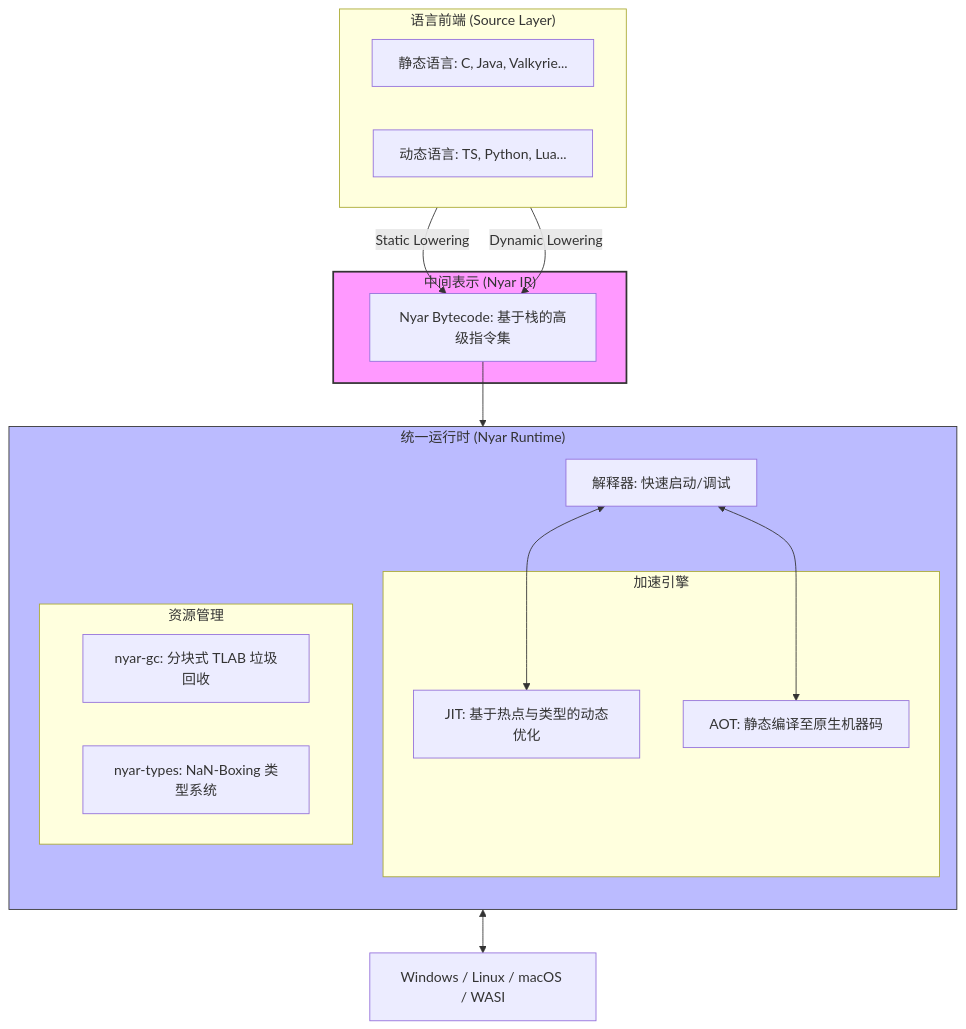
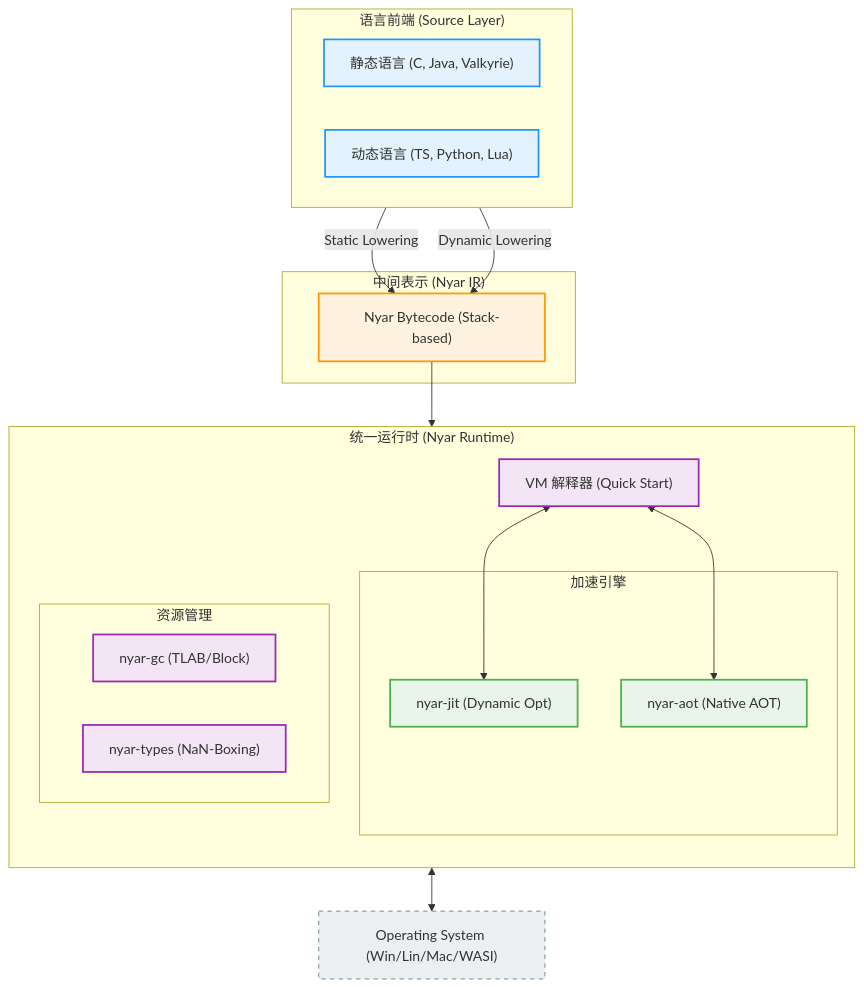
One commit to nyar-vm/nyar-vm changed the first of 6 diagrams in readme.md. Above: the diagram before and after it, drawn with Mermaid. The commit also changed other lines of this file and 2 other files, not shown here.

First line of the commit message:
refactor(nyar-gc): 使用 SendPtr 包装全局根指针以增强线程安全性

````diff
--- a/readme.md
+++ b/readme.md
@@ -14,37 +14,42 @@
 ```mermaid
 graph TD
+    %% Global Styles
+    classDef frontend fill:#e3f2fd,stroke:#2196f3,stroke-width:2px;
+    classDef ir fill:#fff3e0,stroke:#ff9800,stroke-width:2px;
+    classDef runtime fill:#f3e5f5,stroke:#9c27b0,stroke-width:2px;
+    classDef engine fill:#e8f5e9,stroke:#4caf50,stroke-width:2px;
+    classDef os fill:#eceff1,stroke:#607d8b,stroke-dasharray: 5 5;
+
     subgraph Frontends ["语言前端 (Source Layer)"]
         direction LR
-        SL[静态语言: C, Java, Valkyrie...]
-        DL[动态语言: TS, Python, Lua...]
+        SL["静态语言 (C, Java, Valkyrie)"]:::frontend
+        DL["动态语言 (TS, Python, Lua)"]:::frontend
     end
 
     subgraph IR_Layer ["中间表示 (Nyar IR)"]
-        IR[Nyar Bytecode: 基于栈的高级指令集]
+        IR["Nyar Bytecode (Stack-based)"]:::ir
     end
 
     subgraph Runtime ["统一运行时 (Nyar Runtime)"]
         direction TB
-        VM[解释器: 快速启动/调试]
+        VM["VM 解释器 (Quick Start)"]:::runtime
         
         subgraph Acceleration ["加速引擎"]
-            JIT[JIT: 基于热点与类型的动态优化]
-            AOT[AOT: 静态编译至原生机器码]
+            JIT["nyar-jit (Dynamic Opt)"]:::engine
+            AOT["nyar-aot (Native AOT)"]:::engine
         end
         
         subgraph Management ["资源管理"]
-            GC[nyar-gc: 分块式 TLAB 垃圾回收]
-            Types[nyar-types: NaN-Boxing 类型系统]
+            GC["nyar-gc (TLAB/Block)"]:::runtime
+            Types["nyar-types (NaN-Boxing)"]:::runtime
         end
     end
 
     SL -->|Static Lowering| IR
     DL -->|Dynamic Lowering| IR
     IR --> VM
     VM <--> JIT
     VM <--> AOT
-    Runtime <--> OS[Windows / Linux / macOS / WASI]
+    Runtime <--> OS["Operating System (Win/Lin/Mac/WASI)"]:::os
 
-    style IR_Layer fill:#f9f,stroke:#333,stroke-width:2px
-    style Runtime fill:#bbf,stroke:#333,stroke-width:1px
 ```
````
